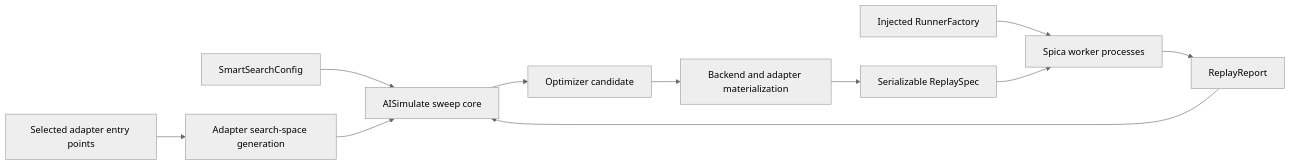
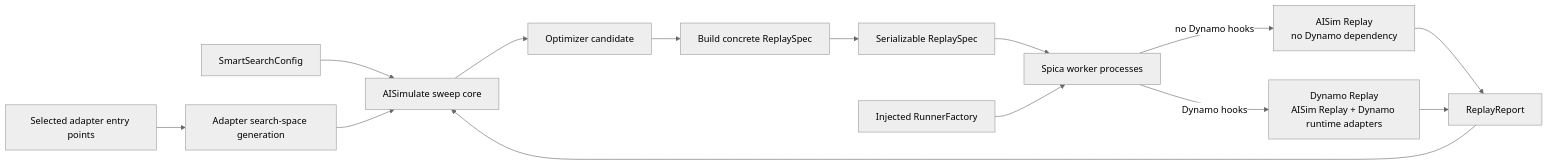
The diagram in spica-aisimulate-refactor-plan.md (ai-dynamo/dynamo), drawn with Mermaid (neutral theme) before and after one commit. The commit also changed other lines of this file, not shown here.

Commit message:
docs(spica): align with replay refactor

````diff
--- a/spica-aisimulate-refactor-plan.md
+++ b/spica-aisimulate-refactor-plan.md
@@ -27,13 +30,16 @@
 ```mermaid
 flowchart LR
     C["SmartSearchConfig"] --> S["AISimulate sweep core"]
     E["Selected adapter entry points"] --> A["Adapter search-space generation"]
     A --> S
     S --> V["Optimizer candidate"]
-    V --> M["Backend and adapter materialization"]
+    V --> M["Build concrete ReplaySpec"]
     M --> R["Serializable ReplaySpec"]
-    RF["Injected RunnerFactory"] --> W["Spica worker processes"]
-    R --> W
-    W --> P["ReplayReport"]
+    R --> W["Spica worker processes"]
+    RF["Injected RunnerFactory"] --> W
+    W -->|"no Dynamo hooks"| AR["AISim Replay<br/>no Dynamo dependency"]
+    W -->|"Dynamo hooks"| DR["Dynamo Replay<br/>AISim Replay + Dynamo runtime adapters"]
+    AR --> P["ReplayReport"]
+    DR --> P
     P --> S
 ```
````
